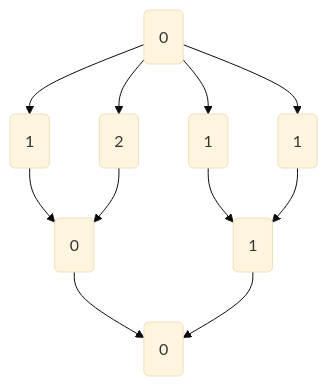
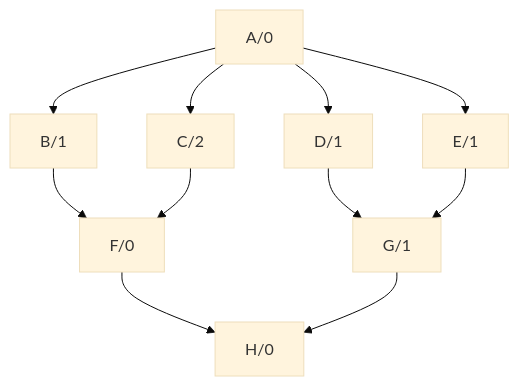
The diagram in README.md (volo-rs/static-graph), drawn with Mermaid (base theme) before and after one commit. The commit also changed other lines of this file, not shown here.

Commit message:
fix mermaid graph in readme

````diff
--- a/README.md
+++ b/README.md
@@ -18,13 +18,13 @@
 ```mermaid
 graph TD;
-    A(0)-->B(1);
-    A(0)-->C(2);
-    A(0)-->D(1);
-    A(0)-->E(1);
-    B(1)-->F(0);
-    C(2)-->F(0);
-    D(1)-->G(1);
-    E(1)-->G(1);
-    F(0)-->H(0);
-    G(1)-->H(0);
+    A/0-->B/1;
+    A/0-->C/2;
+    A/0-->D/1;
+    A/0-->E/1;
+    B/1-->F/0;
+    C/2-->F/0;
+    D/1-->G/1;
+    E/1-->G/1;
+    F/0-->H/0;
+    G/1-->H/0;
 ```
````
